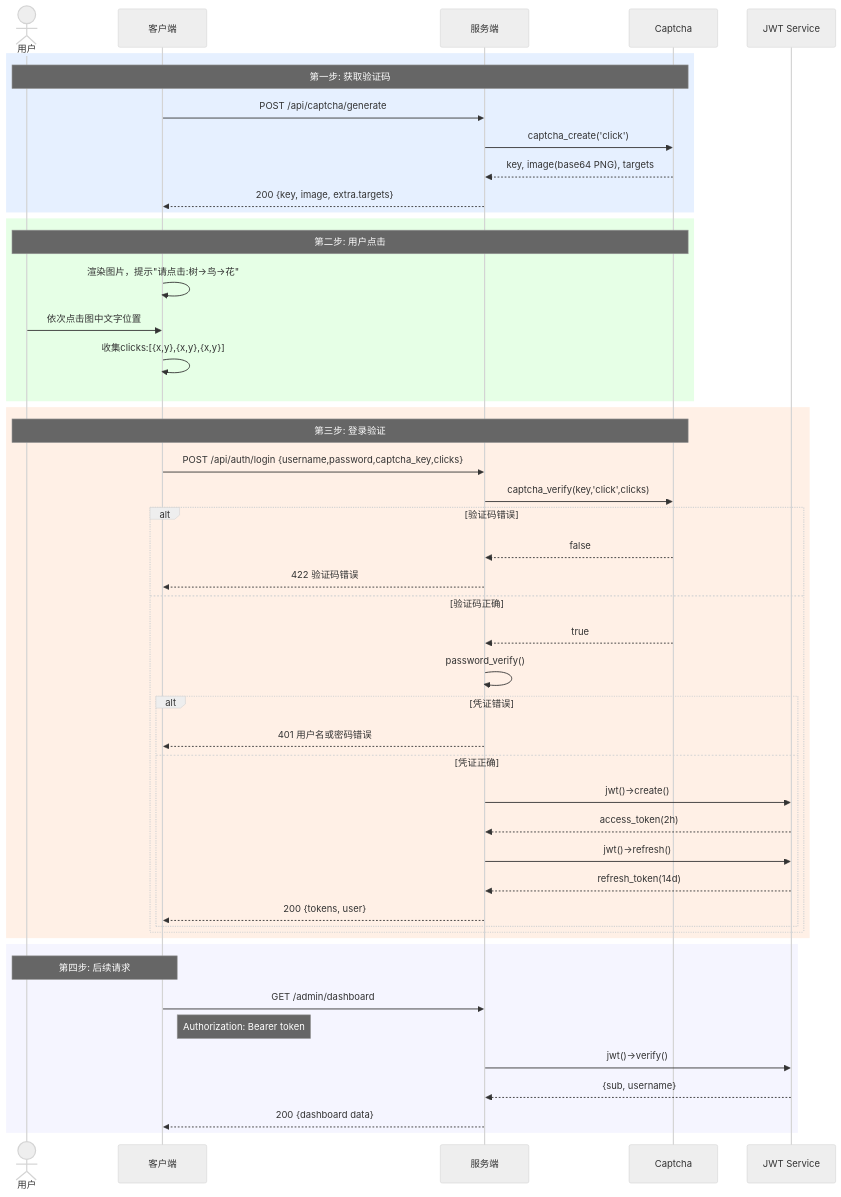
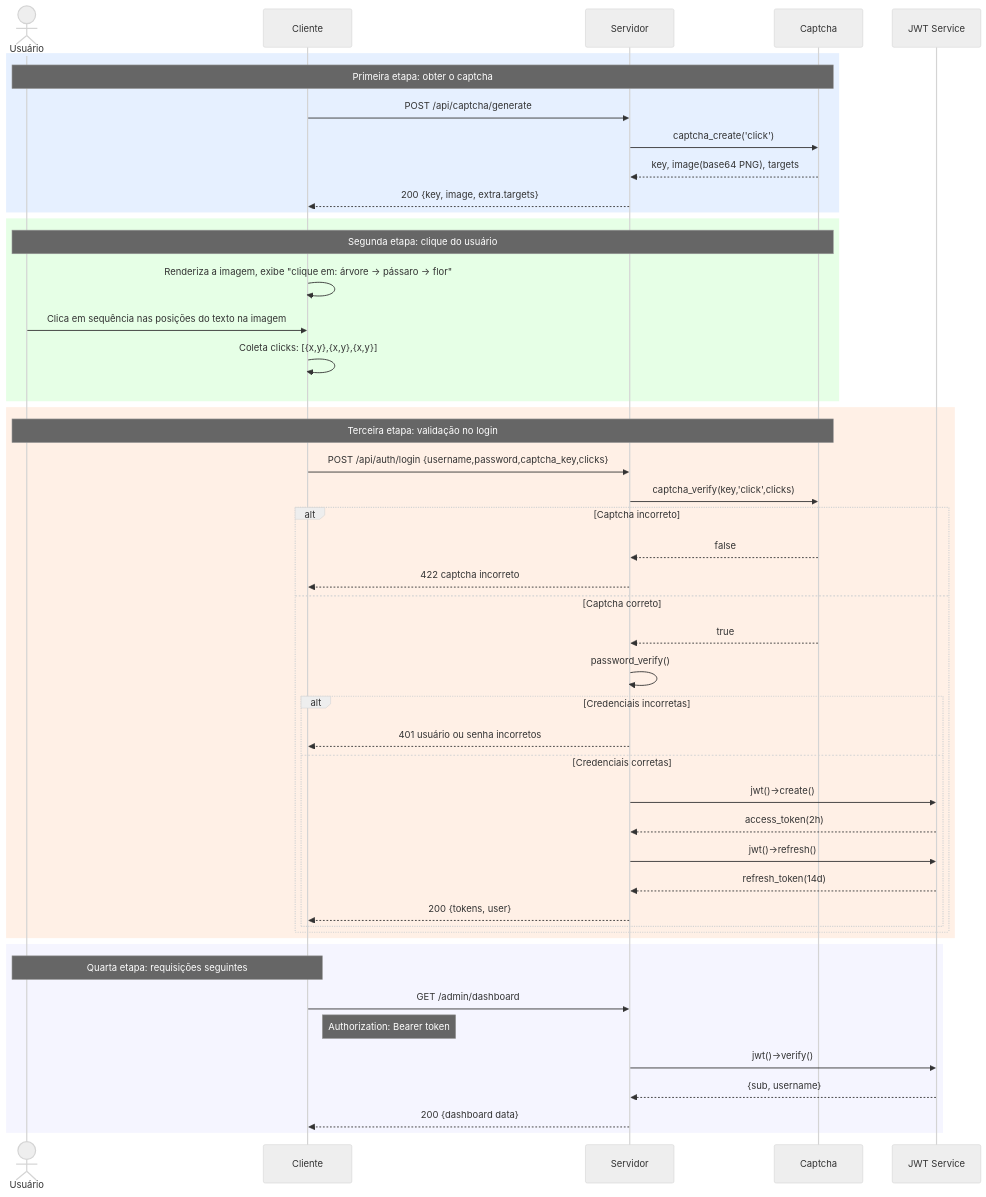
Before and after one commit to erikwang2013/game-platform-php: the diagram in admin/docs/diagrams/04-auth-captcha-flow.pt.md, drawn with Mermaid (neutral theme). The commit also changed 211 other files, not shown here.

First line of the commit message:
fix: 支付配置读回类型根治、提现事件对账巡检，12 语族 mermaid 与 API 标签本地化

````diff
--- a/admin/docs/diagrams/04-auth-captcha-flow.pt.md
+++ b/admin/docs/diagrams/04-auth-captcha-flow.pt.md
@@ -7,55 +7,55 @@
 ```mermaid
 sequenceDiagram
-    actor U as 用户
-    participant CL as 客户端
-    participant SV as 服务端
+    actor U as Usuário
+    participant CL as Cliente
+    participant SV as Servidor
     participant CAP as Captcha
     participant JWT as JWT Service
 
     rect rgb(230, 240, 255)
-    Note over U,CAP: 第一步: 获取验证码
+    Note over U,CAP: Primeira etapa: obter o captcha
     CL->>SV: POST /api/captcha/generate
     SV->>CAP: captcha_create('click')
     CAP-->>SV: key, image(base64 PNG), targets
     SV-->>CL: 200 {key, image, extra.targets}
     end
 
     rect rgb(230, 255, 230)
-    Note over U,CAP: 第二步: 用户点击
-    CL->>CL: 渲染图片，提示"请点击:树→鸟→花"
-    U->>CL: 依次点击图中文字位置
-    CL->>CL: 收集clicks:[{x,y},{x,y},{x,y}]
+    Note over U,CAP: Segunda etapa: clique do usuário
+    CL->>CL: Renderiza a imagem, exibe "clique em: árvore → pássaro → flor"
+    U->>CL: Clica em sequência nas posições do texto na imagem
+    CL->>CL: Coleta clicks: [{x,y},{x,y},{x,y}]
     end
 
     rect rgb(255, 240, 230)
-    Note over U,CAP: 第三步: 登录验证
+    Note over U,CAP: Terceira etapa: validação no login
     CL->>SV: POST /api/auth/login {username,password,captcha_key,clicks}
     SV->>CAP: captcha_verify(key,'click',clicks)
 
-    alt 验证码错误
+    alt Captcha incorreto
         CAP-->>SV: false
-        SV-->>CL: 422 验证码错误
-    else 验证码正确
+        SV-->>CL: 422 captcha incorreto
+    else Captcha correto
         CAP-->>SV: true
         SV->>SV: password_verify()
-        alt 凭证错误
-            SV-->>CL: 401 用户名或密码错误
-        else 凭证正确
+        alt Credenciais incorretas
+            SV-->>CL: 401 usuário ou senha incorretos
+        else Credenciais corretas
             SV->>JWT: jwt()->create()
             JWT-->>SV: access_token(2h)
             SV->>JWT: jwt()->refresh()
             JWT-->>SV: refresh_token(14d)
             SV-->>CL: 200 {tokens, user}
         end
     end
     end
 
     rect rgb(245, 245, 255)
-    Note over U,CL: 第四步: 后续请求
+    Note over U,CL: Quarta etapa: requisições seguintes
     CL->>SV: GET /admin/dashboard
     Note right of CL: Authorization: Bearer token
     SV->>JWT: jwt()->verify()
     JWT-->>SV: {sub, username}
     SV-->>CL: 200 {dashboard data}
     end
 ```
````
